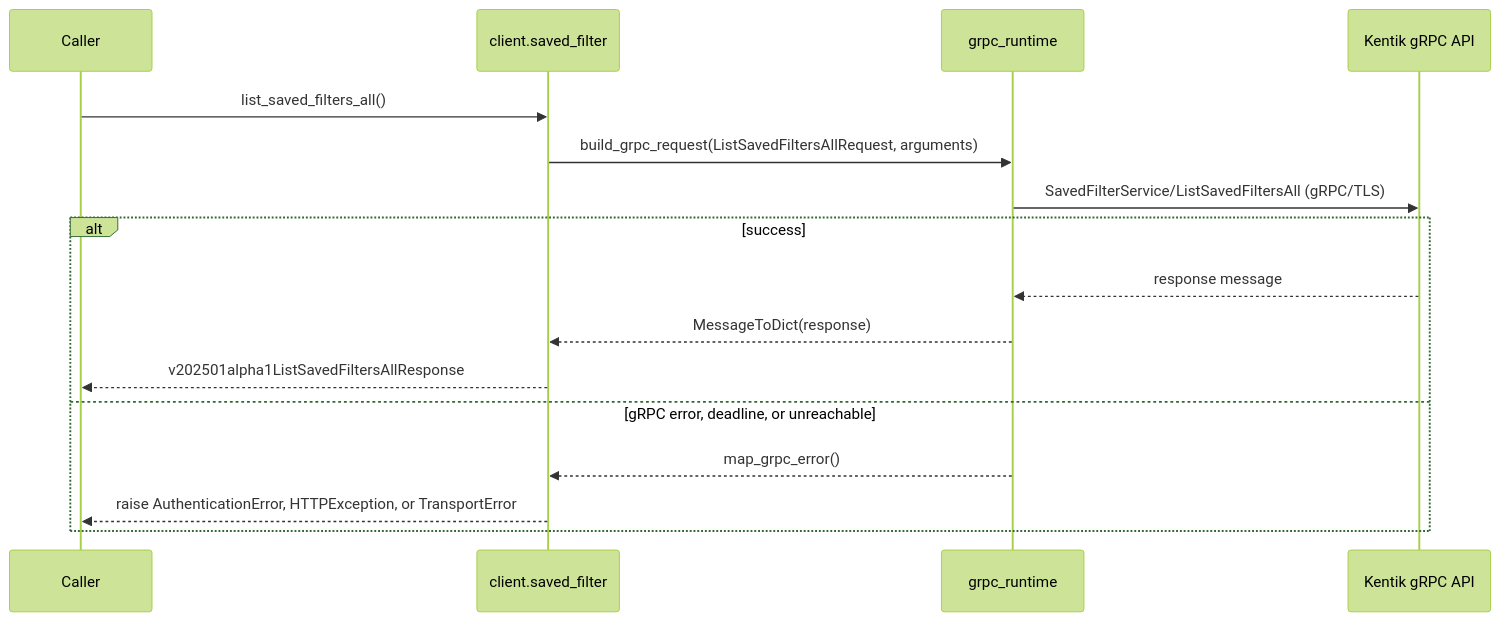
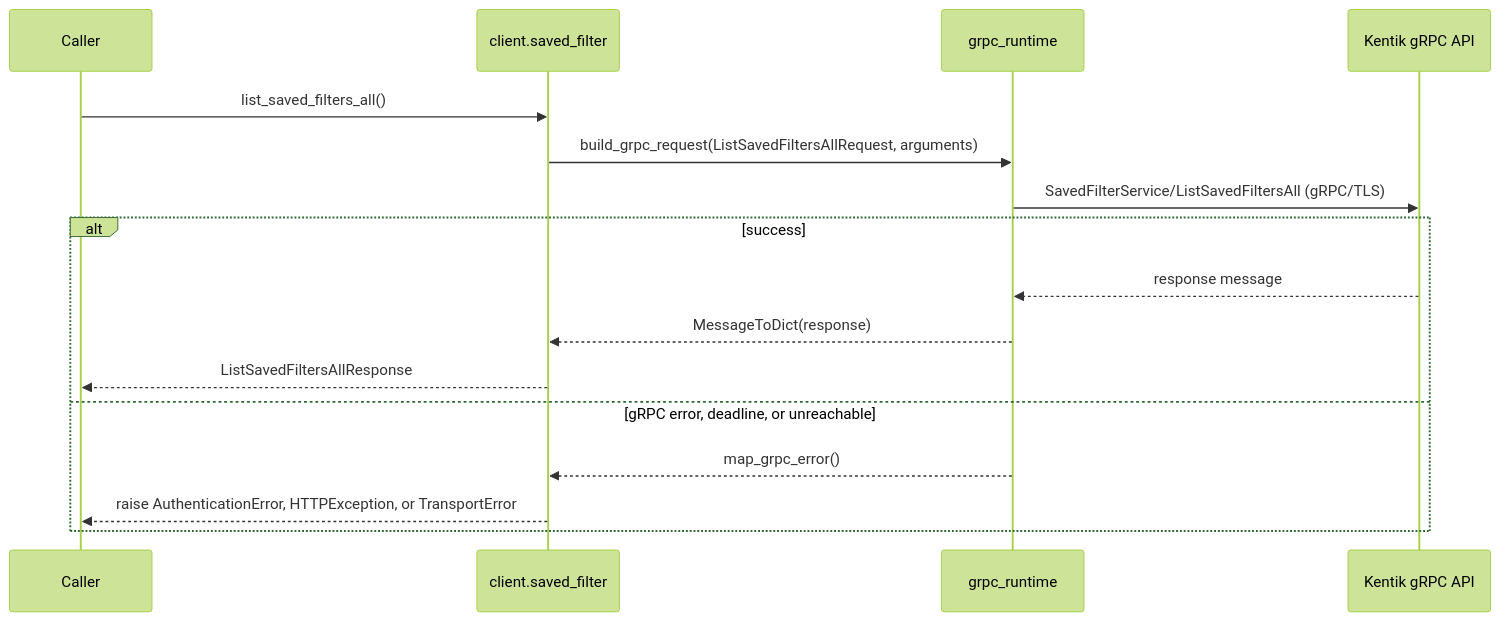
One commit to alexdearaujo/community_sdk_python changed diagram 13 of 14 in docs/sphinx/services/saved_filter.md. Above: the diagram before and after it, drawn with Mermaid (forest theme). The commit also changed other lines of this file and 38 other files, not shown here.

````diff
--- a/docs/sphinx/services/saved_filter.md
+++ b/docs/sphinx/services/saved_filter.md
@@ -433,19 +433,19 @@
 ```mermaid
 sequenceDiagram
     participant C as Caller
     participant W as client.saved_filter
     participant R as grpc_runtime
     participant API as Kentik gRPC API
 
     C->>W: list_saved_filters_all()
     W->>R: build_grpc_request(ListSavedFiltersAllRequest, arguments)
     R->>API: SavedFilterService/ListSavedFiltersAll (gRPC/TLS)
     alt success
         API-->>R: response message
         R-->>W: MessageToDict(response)
-        W-->>C: v202501alpha1ListSavedFiltersAllResponse
+        W-->>C: ListSavedFiltersAllResponse
     else gRPC error, deadline, or unreachable
         R-->>W: map_grpc_error()
         W-->>C: raise AuthenticationError, HTTPException, or TransportError
     end
 ```
````
